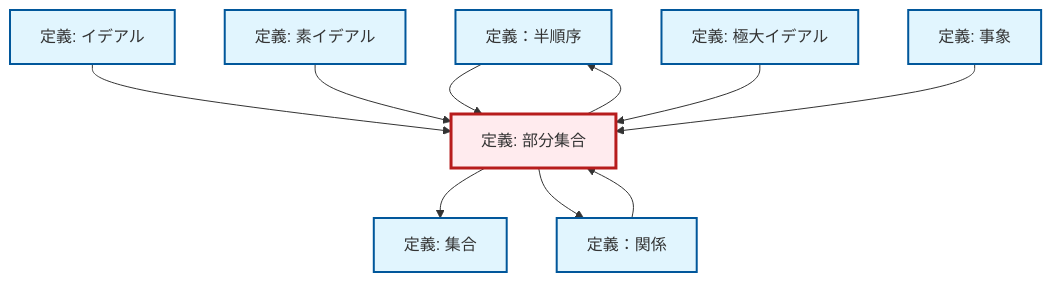
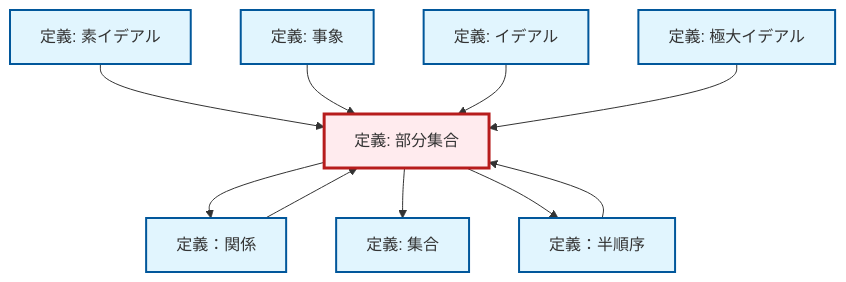
The diagram in content/ja/logic-set-theory/def-subset.qmd (RK0429/ModernMath), drawn with Mermaid before and after one commit. The commit also changed other lines of this file and 328 other files, not shown here.

````diff
--- a/content/ja/logic-set-theory/def-subset.qmd
+++ b/content/ja/logic-set-theory/def-subset.qmd
@@ -52,34 +52,34 @@
 ```{mermaid}
 %%| fig-cap: "ローカル依存関係グラフ"
 graph TD
     classDef definition fill:#e1f5fe,stroke:#01579b,stroke-width:2px
     classDef theorem fill:#f3e5f5,stroke:#4a148c,stroke-width:2px
     classDef axiom fill:#fff3e0,stroke:#e65100,stroke-width:2px
     classDef example fill:#e8f5e9,stroke:#1b5e20,stroke-width:2px
     classDef current fill:#ffebee,stroke:#b71c1c,stroke-width:3px
+    def-ideal["定義: イデアル"]:::definition
+    def-partial-order["定義：半順序"]:::definition
     def-set["定義: 集合"]:::definition
-    def-partial-order["定義：半順序"]:::definition
+    def-relation["定義：関係"]:::definition
+    def-prime-ideal["定義: 素イデアル"]:::definition
+    def-subset["定義: 部分集合"]:::definition
     def-maximal-ideal["定義: 極大イデアル"]:::definition
     def-event["定義: 事象"]:::definition
-    def-subset["定義: 部分集合"]:::definition
-    def-prime-ideal["定義: 素イデアル"]:::definition
-    def-ideal["定義: イデアル"]:::definition
-    def-relation["定義：関係"]:::definition
     def-partial-order --> def-subset
+    def-subset --> def-relation
+    def-prime-ideal --> def-subset
+    def-subset --> def-set
+    def-subset --> def-partial-order
+    def-event --> def-subset
     def-ideal --> def-subset
-    def-prime-ideal --> def-subset
+    def-relation --> def-subset
     def-maximal-ideal --> def-subset
-    def-subset --> def-partial-order
-    def-relation --> def-subset
-    def-subset --> def-set
-    def-subset --> def-relation
-    def-event --> def-subset
     class def-subset current
+    click def-ideal "def-ideal.html" "イデアルの定義へ"
+    click def-partial-order "def-partial-order.html" "定義：半順序へ"
     click def-set "def-set.html" "集合の定義へ"
-    click def-partial-order "def-partial-order.html" "定義：半順序へ"
+    click def-relation "def-relation.html" "定義：関係へ"
+    click def-prime-ideal "def-prime-ideal.html" "素イデアルの定義へ"
     click def-maximal-ideal "def-maximal-ideal.html" "極大イデアルの定義へ"
     click def-event "def-event.html" "事象の定義へ"
-    click def-prime-ideal "def-prime-ideal.html" "素イデアルの定義へ"
-    click def-ideal "def-ideal.html" "イデアルの定義へ"
-    click def-relation "def-relation.html" "定義：関係へ"
 ```
````
